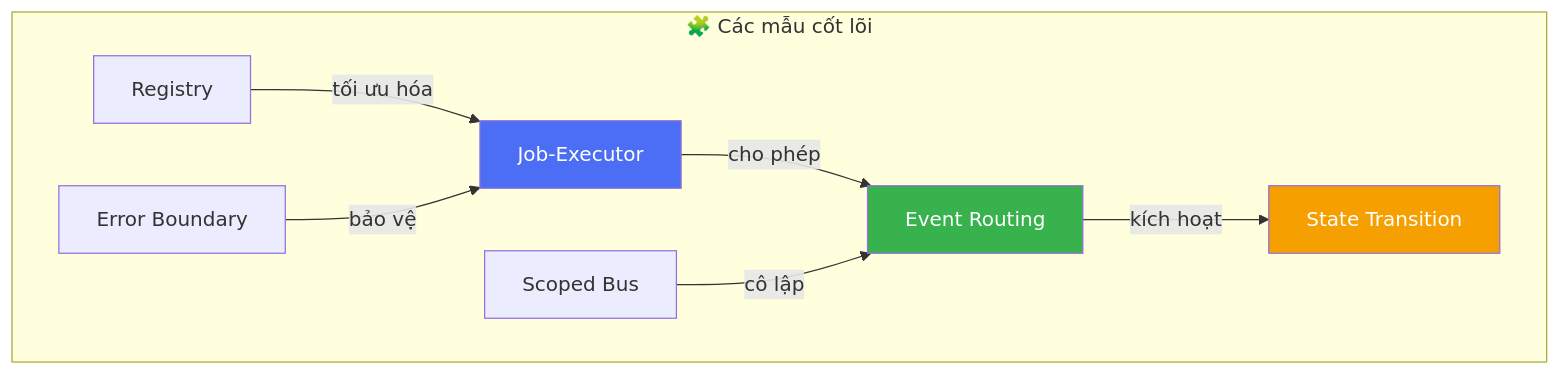
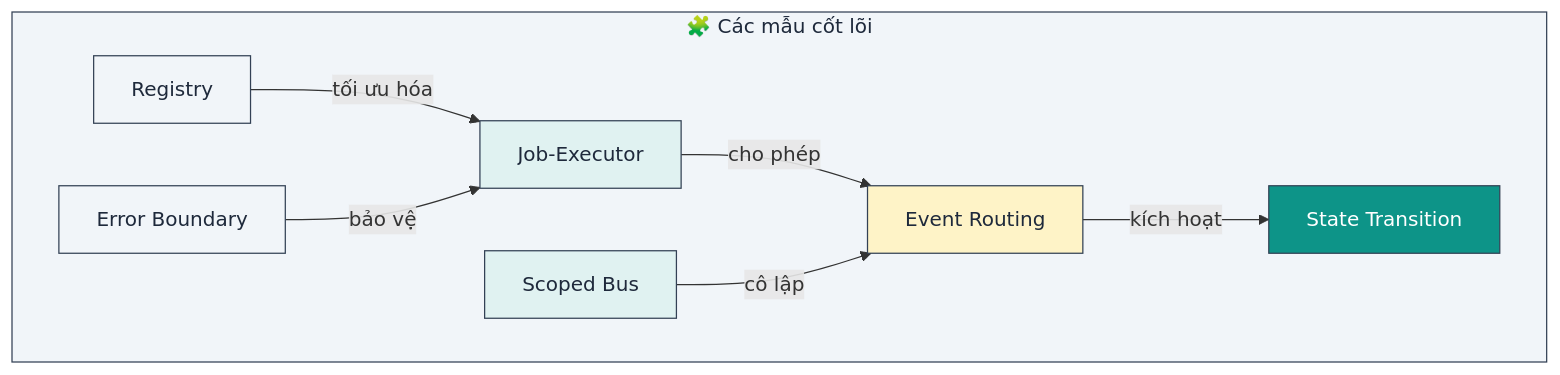
Before and after one commit to lploc94/flutter_orchestrator: diagram 11 of 11 in book/vi/chapters/04_integration.md, drawn with Mermaid. The commit also changed other lines of this file and 3 other files, not shown here.

````diff
--- a/book/vi/chapters/04_integration.md
+++ b/book/vi/chapters/04_integration.md
@@ -280,21 +327,25 @@
 ```mermaid
 graph TB
     subgraph Patterns["🧩 Các mẫu cốt lõi"]
         JE["Job-Executor"]
         ER["Event Routing"]
         ST["State Transition"]
         SB["Scoped Bus"]
         RG["Registry"]
         EB["Error Boundary"]
     end
     
     JE -->|"cho phép"| ER
     ER -->|"kích hoạt"| ST
     SB -->|"cô lập"| ER
     RG -->|"tối ưu hóa"| JE
     EB -->|"bảo vệ"| JE
     
-    style JE fill:#4c6ef5,color:#fff
-    style ER fill:#37b24d,color:#fff
-    style ST fill:#f59f00,color:#fff
+    style Patterns fill:#f1f5f9,stroke:#334155,color:#1e293b
+    style JE fill:#e0f2f1,stroke:#334155,color:#1e293b
+    style ER fill:#fef3c7,stroke:#334155,color:#1e293b
+    style ST fill:#0d9488,stroke:#334155,color:#ffffff
+    style SB fill:#e0f2f1,stroke:#334155,color:#1e293b
+    style RG fill:#f1f5f9,stroke:#334155,color:#1e293b
+    style EB fill:#f1f5f9,stroke:#334155,color:#1e293b
 ```
````
